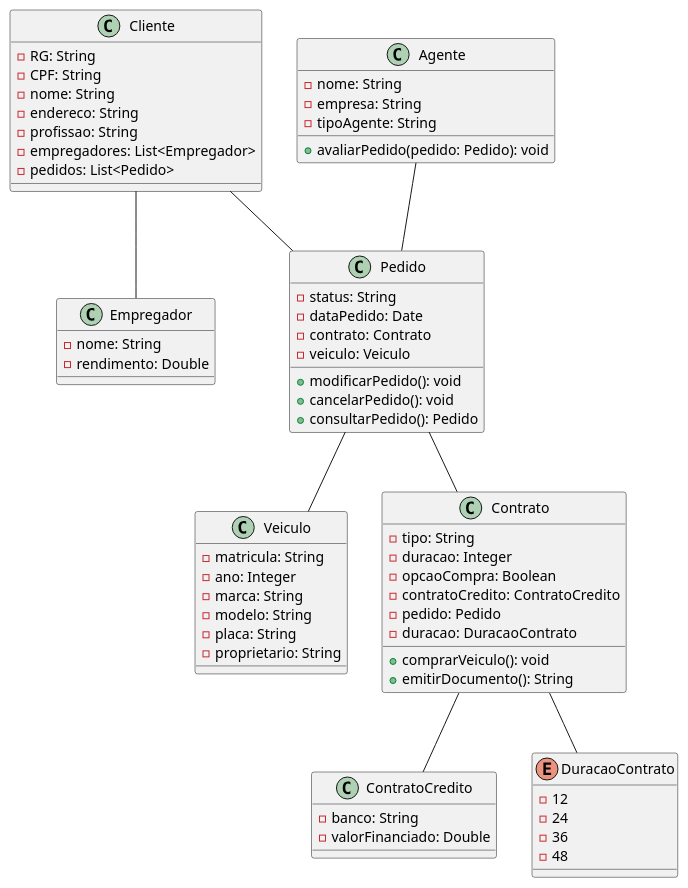
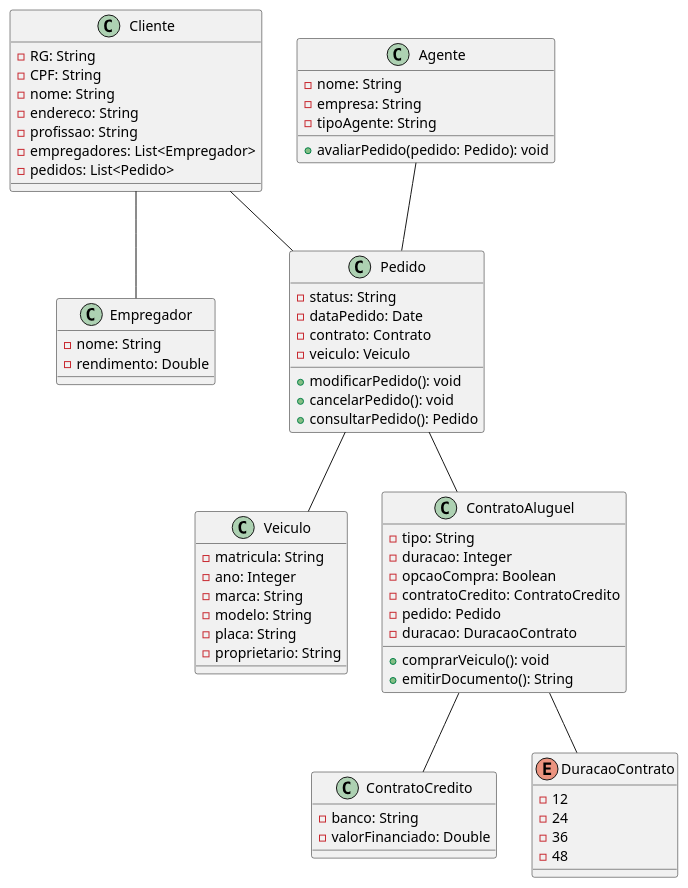
Before and after one commit to lucasxae/RentCarSystem: the diagram in Projeto/Diagrama de Classes/diagramaDeClasses.puml, drawn with PlantUML. The commit also changed 1 other file, not shown here.

Commit message:
Feat: Atualização Diagrama de Classes

```diff
--- a/Projeto/Diagrama de Classes/diagramaDeClasses.puml
+++ b/Projeto/Diagrama de Classes/diagramaDeClasses.puml
@@ -1,74 +1,74 @@
 @startuml
 
 class Cliente {
   -RG: String
   -CPF: String
   -nome: String
   -endereco: String
   -profissao: String
   -empregadores: List<Empregador>
   -pedidos: List<Pedido>
 }
 
 class Agente {
   -nome: String
   -empresa: String
   -tipoAgente: String
   +avaliarPedido(pedido: Pedido): void
 }
 
 class Empregador {
   -nome: String
   -rendimento: Double
 }
 
 class Pedido {
   -status: String
   -dataPedido: Date
   -contrato: Contrato
   -veiculo: Veiculo
   +modificarPedido(): void
   +cancelarPedido(): void
   +consultarPedido(): Pedido
 }
 
 class Veiculo {
   -matricula: String
   -ano: Integer
   -marca: String
   -modelo: String
   -placa: String
   -proprietario: String
 }
 
-class Contrato {
+class ContratoAluguel {
   -tipo: String
   -duracao: Integer
   -opcaoCompra: Boolean
   -contratoCredito: ContratoCredito
   - pedido: Pedido
   - duracao: DuracaoContrato
   +comprarVeiculo(): void
   +emitirDocumento(): String
 }
 
 class ContratoCredito {
   -banco: String
   -valorFinanciado: Double
 }
 
 enum DuracaoContrato {
     - 12
     - 24
     - 36
     - 48
 }
 
-Contrato -- DuracaoContrato
+ContratoAluguel -- DuracaoContrato
 Cliente --  Pedido
 Agente  -- Pedido
 Pedido -- Veiculo
-Pedido -- Contrato
-Contrato -- ContratoCredito
+Pedido -- ContratoAluguel
+ContratoAluguel -- ContratoCredito
 Cliente -- Empregador
 @enduml
```
